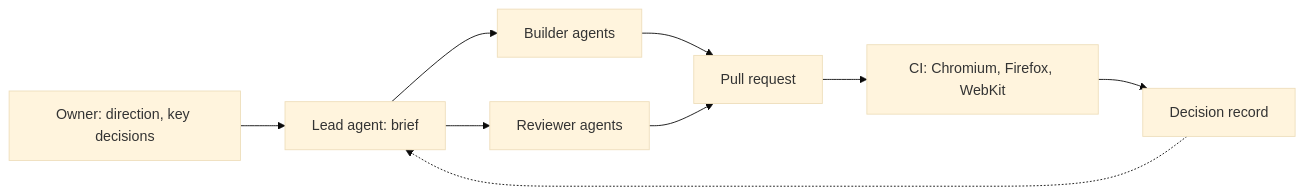
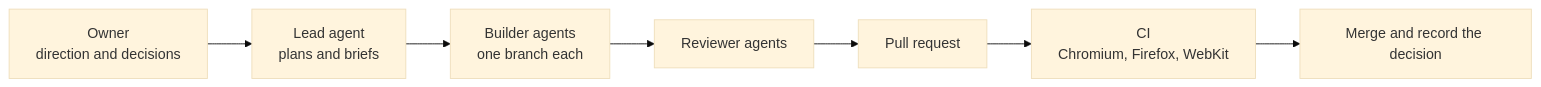
The diagram in README.md (ErenDenizK/recto), drawn with Mermaid (base theme) before and after one commit. The commit also changed other lines of this file, not shown here.

````diff
--- a/README.md
+++ b/README.md
@@ -94,11 +94,9 @@
 ```mermaid
 flowchart LR
-  owner["Owner: direction, key decisions"] --> lead["Lead agent: brief"]
-  lead --> builder["Builder agents"]
-  lead --> reviewer["Reviewer agents"]
-  builder --> pr["Pull request"]
-  reviewer --> pr
-  pr --> ci["CI: Chromium, Firefox, WebKit"]
-  ci --> record["Decision record"]
-  record -.-> lead
+  owner["Owner<br/>direction and decisions"] --> lead["Lead agent<br/>plans and briefs"]
+  lead --> build["Builder agents<br/>one branch each"]
+  build --> review["Reviewer agents"]
+  review --> pr["Pull request"]
+  pr --> ci["CI<br/>Chromium, Firefox, WebKit"]
+  ci --> merge["Merge and record the decision"]
 ```
````
